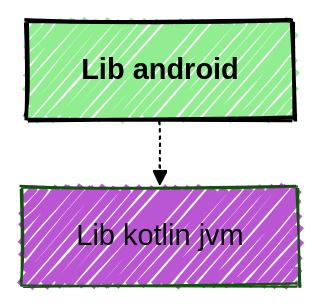
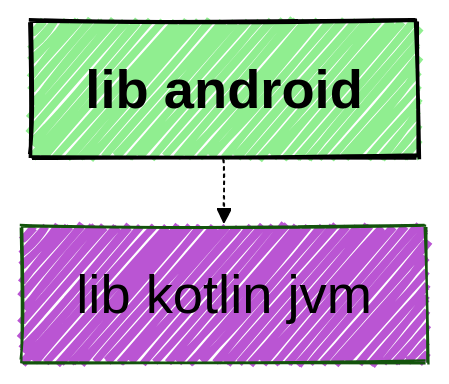
The diagram in samples/sample-mermaid/sample-lib-android/README.md (jonapoul/atlas), drawn with Mermaid before and after one commit. The commit also changed 137 other files, not shown here.

````diff
--- a/samples/sample-mermaid/sample-lib-android/README.md
+++ b/samples/sample-mermaid/sample-lib-android/README.md
@@ -5,20 +5,29 @@
 ```mermaid
 ---
 config:
   layout: elk
   look: handDrawn
   theme: forest
   elk:
     mergeEdges: true
     forceNodeModelOrder: true
     nodePlacementStrategy: LINEAR_SEGMENTS
     cycleBreakingStrategy: INTERACTIVE
     considerModelOrder: PREFER_EDGES
+  themeVariables:
+    background: #FFF
+    fontFamily: arial
+    lineColor: #55FF55
+    primaryBorderColor: #FF5555
+    primaryColor: #ABC123
+    darkMode: true
+    fontSize: 30px
+    defaultLinkColor: #5555FF
 ---
 graph TD
-  _sample_lib_android["Lib android"]
-  _sample_lib_kotlin_jvm["Lib kotlin jvm"]
+  _sample_lib_android["lib android"]
+  _sample_lib_kotlin_jvm["lib kotlin jvm"]
   style _sample_lib_android fill:lightgreen,color:black,font-weight:bold,stroke:black,stroke-width:2px
   style _sample_lib_kotlin_jvm fill:mediumorchid,color:black
   _sample_lib_android -.-> _sample_lib_kotlin_jvm
 ```
````
